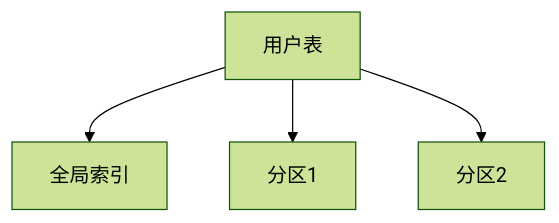
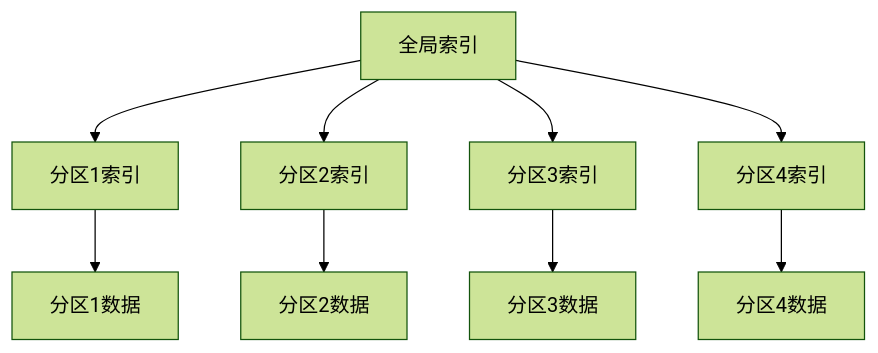
The first of 2 diagrams in Analysis/1-数据库系统/1.4-NewSQL/1.4.3-数据模型.md (AdaMartin18010/Data-Science), drawn with Mermaid (forest theme) before and after one commit. The commit also changed other lines of this file and 338 other files, not shown here.

````diff
--- a/Analysis/1-数据库系统/1.4-NewSQL/1.4.3-数据模型.md
+++ b/Analysis/1-数据库系统/1.4-NewSQL/1.4.3-数据模型.md
@@ -30,6 +514,12 @@
 ```mermaid
-flowchart TD
-  U[用户表] --> IDX[全局索引]
-  U --> P1[分区1]
-  U --> P2[分区2]
+graph TB
+    GI[全局索引] --> P1[分区1索引]
+    GI --> P2[分区2索引]
+    GI --> P3[分区3索引]
+    GI --> P4[分区4索引]
+
+    P1 --> D1[分区1数据]
+    P2 --> D2[分区2数据]
+    P3 --> D3[分区3数据]
+    P4 --> D4[分区4数据]
 ```
````
